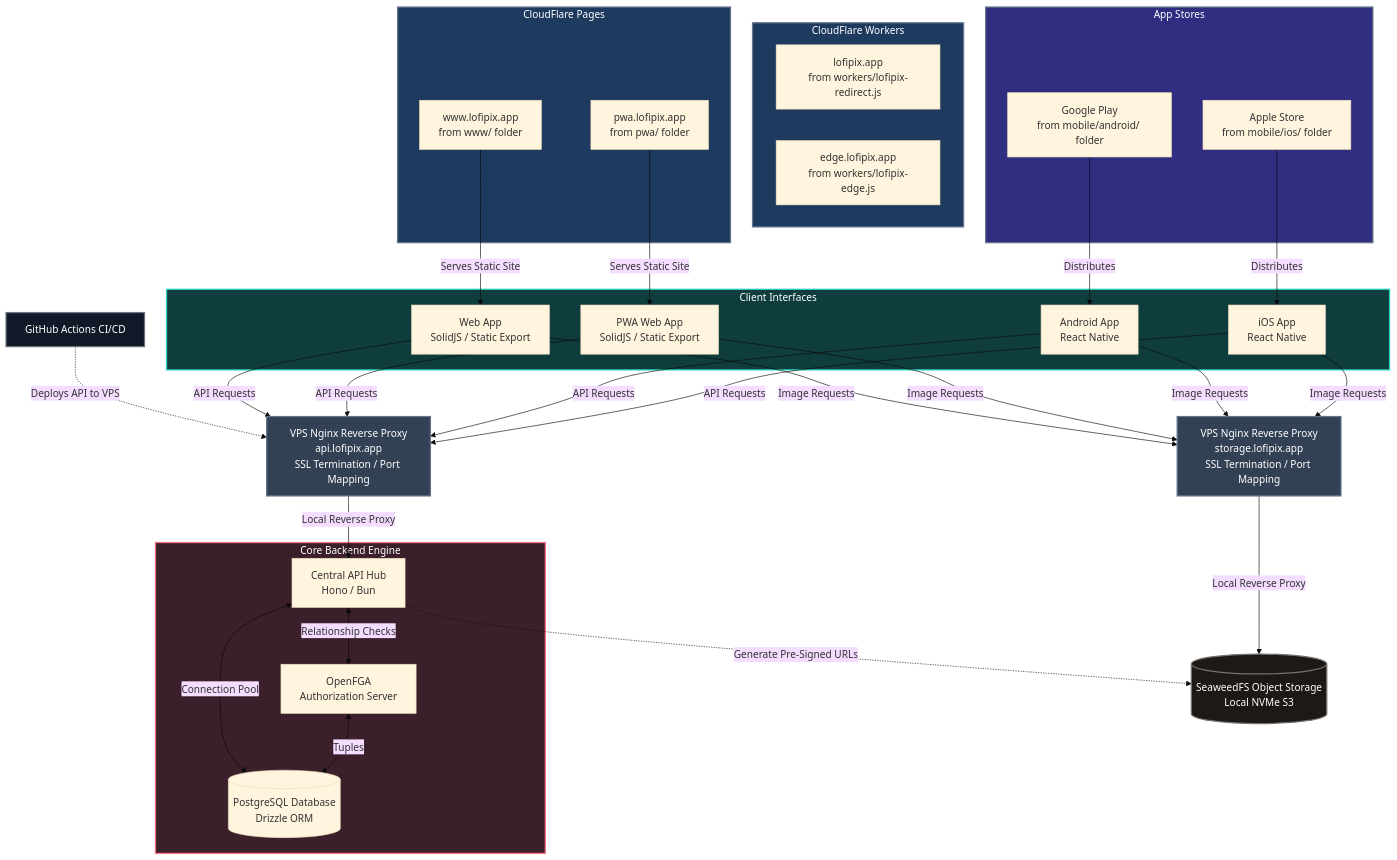
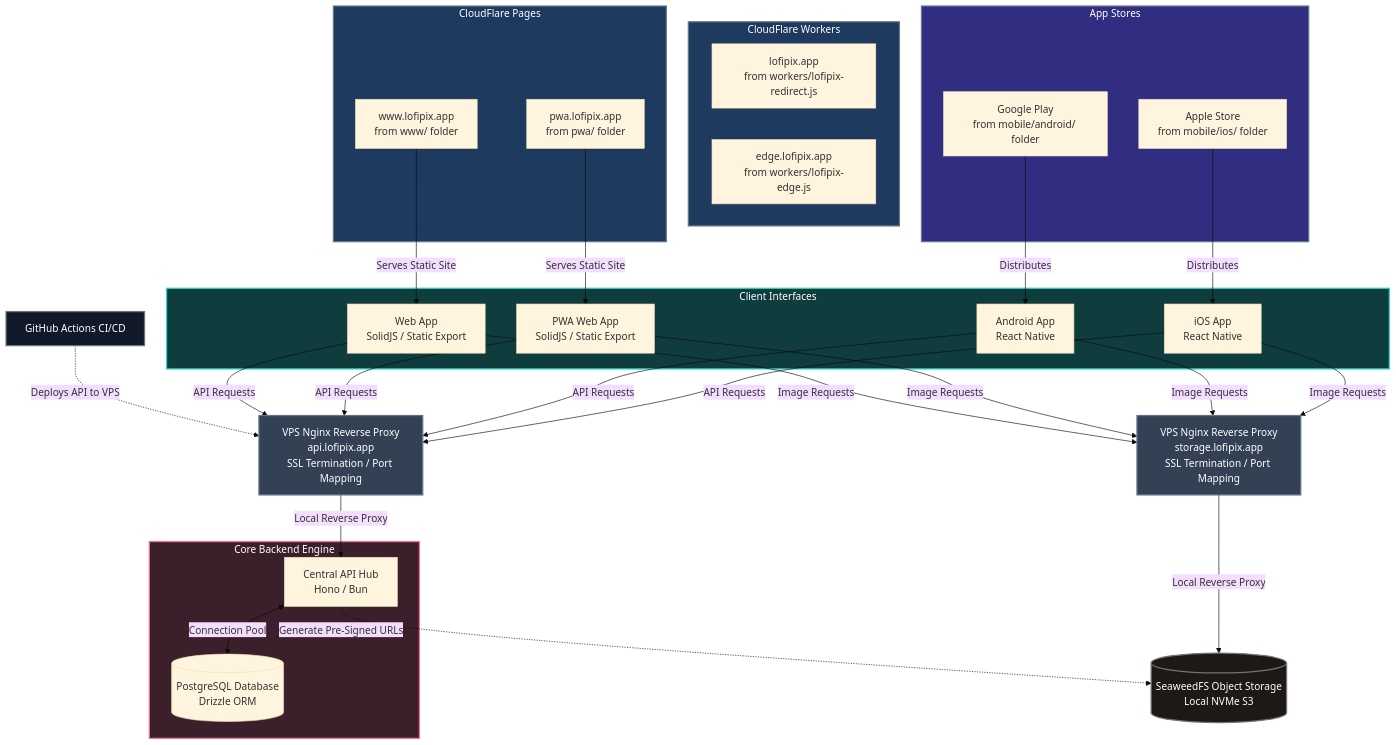
One commit to pchilton/lofipix changed the diagram in README.md. Above: the diagram before and after it, drawn with Mermaid (base theme). The commit also changed other lines of this file and 18 other files, not shown here.

First line of the commit message:
feat: replace OpenFGA with roles table and role middleware

````diff
--- a/README.md
+++ b/README.md
@@ -5,72 +5,69 @@
 ```mermaid
 graph TD
     %% Static Hosting
     subgraph CFWorkers [CloudFlare Workers]
         CFRedirect[lofipix.app<br>from workers/lofipix-redirect.js]
         CFEdge[edge.lofipix.app<br>from workers/lofipix-edge.js]
     end
 
     subgraph CloudFlare [CloudFlare Pages]
         CFWeb[www.lofipix.app<br>from www/ folder]
         CFPWA[pwa.lofipix.app<br>from pwa/ folder]
     end
 
     %% App Stores
     subgraph AppStores [App Stores]
         GooglePlay[Google Play<br>from mobile/android/ folder]
         AppleStore[Apple Store<br>from mobile/ios/ folder]
     end
 
     %% Client Tier
     subgraph ClientInterfaces [Client Interfaces]
         Web[Web App<br>SolidJS / Static Export]
         PWA[PWA Web App<br>SolidJS / Static Export]
         Android[Android App<br>React Native]
         iOS[iOS App<br>React Native]
     end
 
     %% Network Entry
     Proxy[VPS Nginx Reverse Proxy<br>api.lofipix.app<br>SSL Termination / Port Mapping]
 
     %% Deployment
     GHA[GitHub Actions CI/CD] -.->|Deploys API to VPS| Proxy
 
     %% Core Services
     subgraph CoreBackend [Core Backend Engine]
         API[Central API Hub<br>Hono / Bun]
         DB[(PostgreSQL Database<br>Drizzle ORM)]
-        FGA[OpenFGA<br>Authorization Server]
     end
 
     StorageProxy[VPS Nginx Reverse Proxy<br>storage.lofipix.app<br>SSL Termination / Port Mapping]
 
     Storage[(SeaweedFS Object Storage<br>Local NVMe S3)]
 
     %% Hosting Routes
     CFWeb -->|Serves Static Site| Web
     CFPWA -->|Serves Static Site| PWA
     GooglePlay -->|Distributes| Android
     AppleStore -->|Distributes| iOS
 
     %% Traffic Routes
     Web & PWA & Android & iOS -->|API Requests| Proxy
     Web & PWA & Android & iOS -->|Image Requests| StorageProxy
     Proxy -->|Local Reverse Proxy| API
     API <-->|Connection Pool| DB
-    API <-->|Relationship Checks| FGA
-    FGA <-->|Tuples| DB
 
     API -.->|Generate Pre-Signed URLs| Storage
     StorageProxy -->|Local Reverse Proxy| Storage
 
     %% Layout Classes for Styling
     style CFWorkers fill:#1e3a5f,stroke:#64748b,stroke-width:2px,color:#fff
     style CloudFlare fill:#1e3a5f,stroke:#64748b,stroke-width:2px,color:#fff
     style AppStores fill:#312e81,stroke:#64748b,stroke-width:2px,color:#fff
     style ClientInterfaces fill:#0f3d3e,stroke:#2dd4bf,stroke-width:2px,color:#fff
     style CoreBackend fill:#3b1f2b,stroke:#fb7185,stroke-width:2px,color:#fff
     style Proxy fill:#334155,stroke:#64748b,stroke-width:2px,color:#fff
     style StorageProxy fill:#334155,stroke:#64748b,stroke-width:2px,color:#fff
     style Storage fill:#1c1917,stroke:#78716c,stroke-width:2px,color:#fff
     style GHA fill:#111827,stroke:#6b7280,stroke-width:2px,color:#fff
 ```
````
